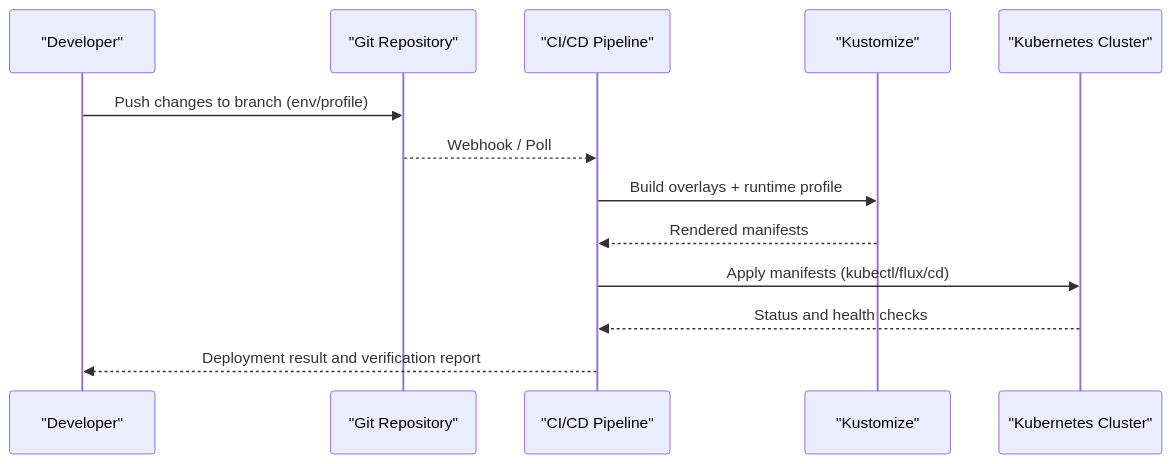
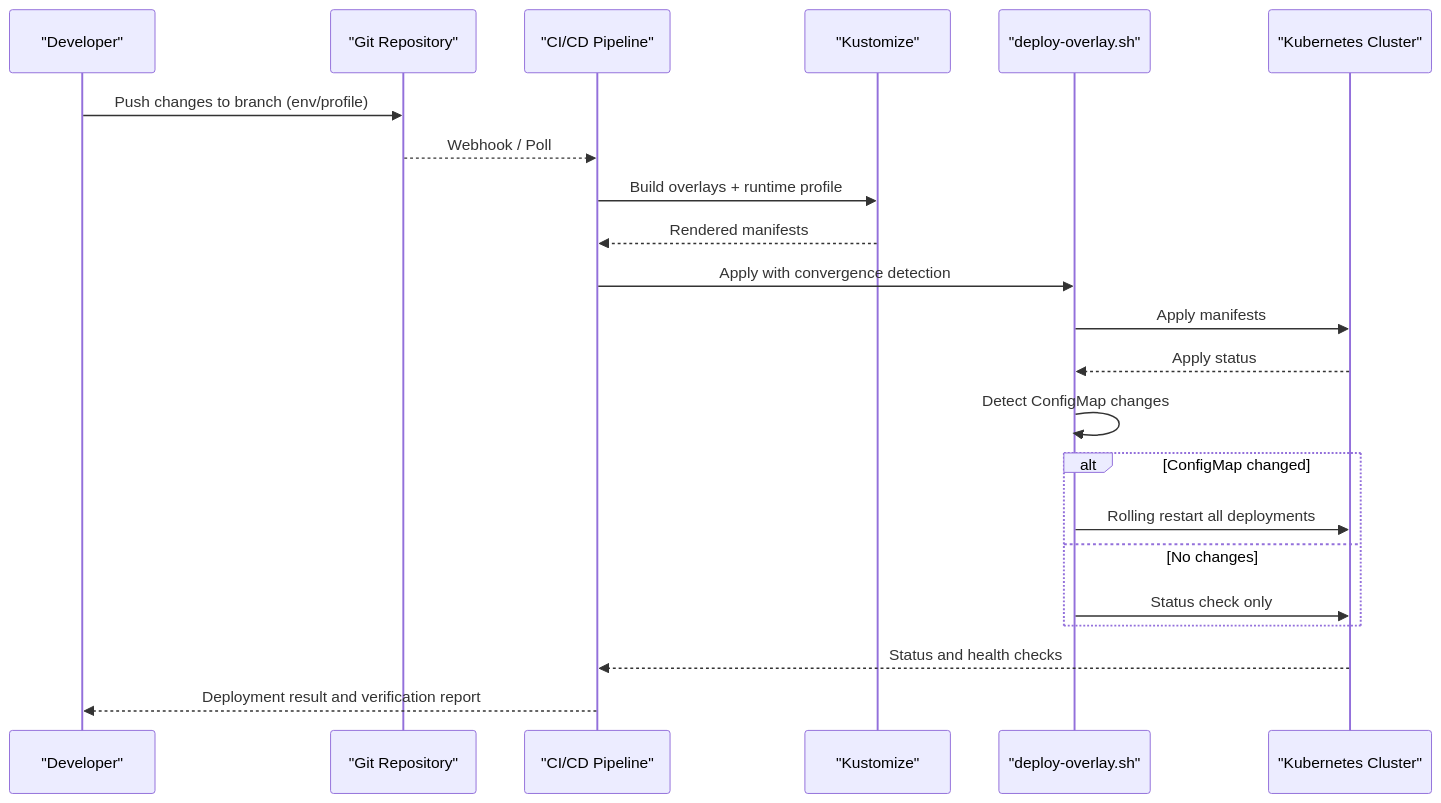
Before and after one commit to metasync/luban-aiops: the second of 7 diagrams in .qoder/repowiki/en/content/Deployment and Operations/GitOps Workflow.md, drawn with Mermaid. The commit also changed other lines of this file and 43 other files, not shown here.

````diff
--- a/.qoder/repowiki/en/content/Deployment and Operations/GitOps Workflow.md
+++ b/.qoder/repowiki/en/content/Deployment and Operations/GitOps Workflow.md
@@ -91,15 +106,24 @@
 ```mermaid
 sequenceDiagram
 participant Dev as "Developer"
 participant Git as "Git Repository"
 participant CI as "CI/CD Pipeline"
 participant Kust as "Kustomize"
+participant Script as "deploy-overlay.sh"
 participant Cluster as "Kubernetes Cluster"
 Dev->>Git : Push changes to branch (env/profile)
 Git-->>CI : Webhook / Poll
 CI->>Kust : Build overlays + runtime profile
 Kust-->>CI : Rendered manifests
-CI->>Cluster : Apply manifests (kubectl/flux/cd)
+CI->>Script : Apply with convergence detection
+Script->>Cluster : Apply manifests
+Cluster-->>Script : Apply status
+Script->>Script : Detect ConfigMap changes
+alt ConfigMap changed
+Script->>Cluster : Rolling restart all deployments
+else No changes
+Script->>Cluster : Status check only
+end
 Cluster-->>CI : Status and health checks
 CI-->>Dev : Deployment result and verification report
 ```
````
